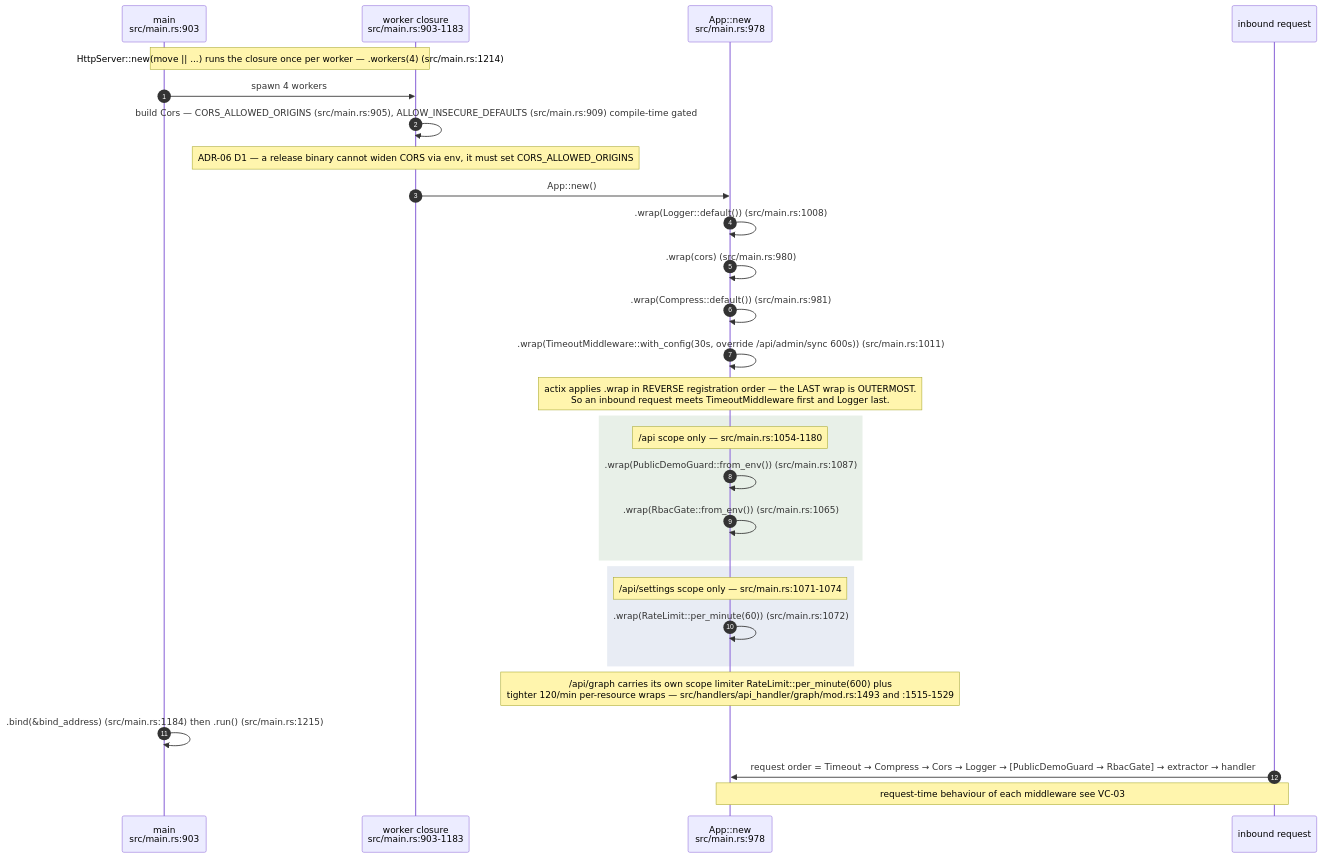
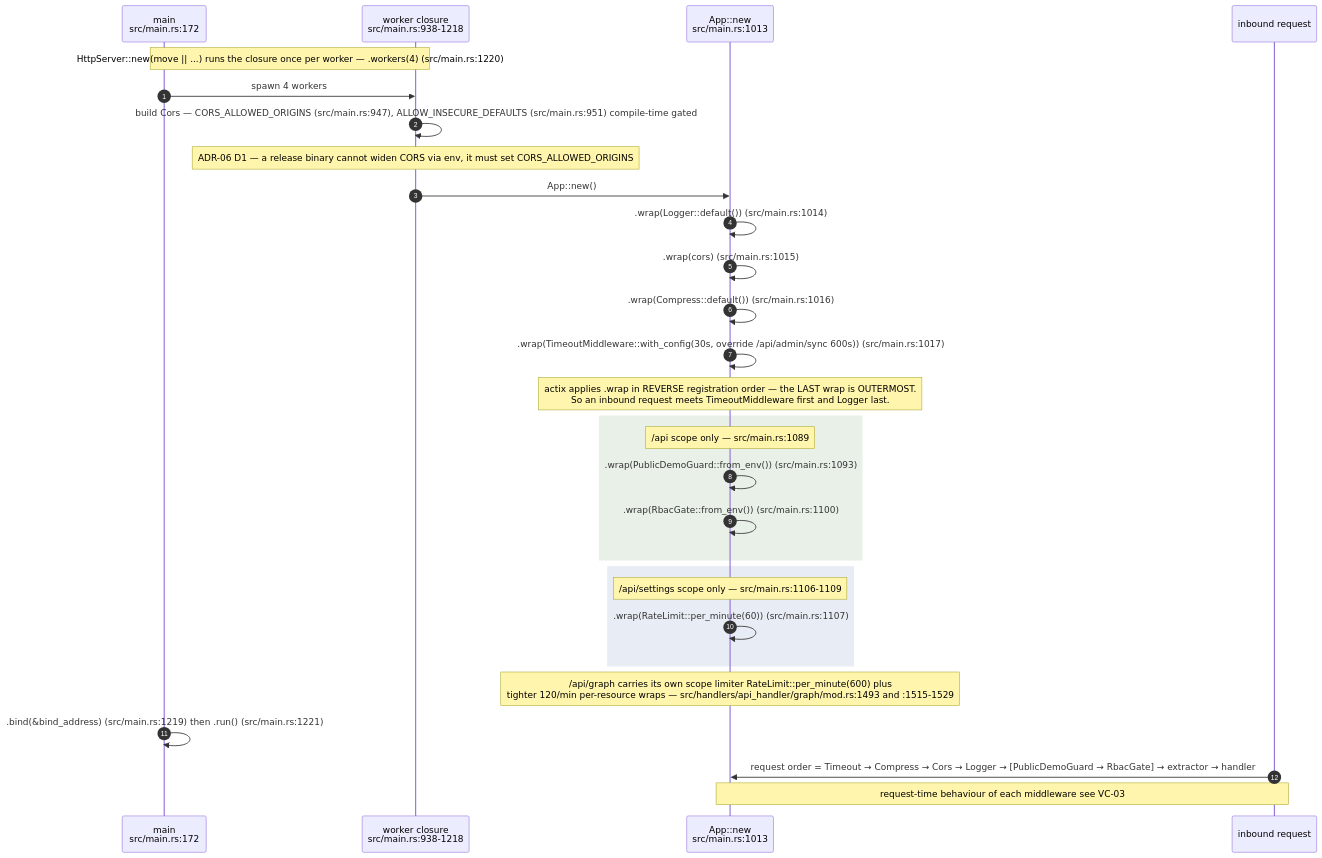
The third of 15 diagrams in docs/diagrams/visionclaw/01-boot-and-app-state.md (DreamLab-AI/VisionFlow), drawn with Mermaid before and after one commit. The commit also changed other lines of this file and 32 other files, not shown here.

````diff
--- a/docs/diagrams/visionclaw/01-boot-and-app-state.md
+++ b/docs/diagrams/visionclaw/01-boot-and-app-state.md
@@ -162,32 +162,32 @@
 ```mermaid
 sequenceDiagram
     autonumber
-    participant M as main<br/>src/main.rs:903
-    participant W as worker closure<br/>src/main.rs:903-1183
-    participant A as App::new<br/>src/main.rs:978
+    participant M as main<br/>src/main.rs:172
+    participant W as worker closure<br/>src/main.rs:938-1218
+    participant A as App::new<br/>src/main.rs:1013
     participant REQ as inbound request
 
-    Note over M,W: HttpServer::new(move || ...) runs the closure once per worker — .workers(4) (src/main.rs:1214)
+    Note over M,W: HttpServer::new(move || ...) runs the closure once per worker — .workers(4) (src/main.rs:1220)
     M->>W: spawn 4 workers
-    W->>W: build Cors — CORS_ALLOWED_ORIGINS (src/main.rs:905), ALLOW_INSECURE_DEFAULTS (src/main.rs:909) compile-time gated
+    W->>W: build Cors — CORS_ALLOWED_ORIGINS (src/main.rs:947), ALLOW_INSECURE_DEFAULTS (src/main.rs:951) compile-time gated
     Note over W: ADR-06 D1 — a release binary cannot widen CORS via env, it must set CORS_ALLOWED_ORIGINS
     W->>A: App::new()
-    A->>A: .wrap(Logger::default()) (src/main.rs:1008)
-    A->>A: .wrap(cors) (src/main.rs:980)
-    A->>A: .wrap(Compress::default()) (src/main.rs:981)
-    A->>A: .wrap(TimeoutMiddleware::with_config(30s, override /api/admin/sync 600s)) (src/main.rs:1011)
+    A->>A: .wrap(Logger::default()) (src/main.rs:1014)
+    A->>A: .wrap(cors) (src/main.rs:1015)
+    A->>A: .wrap(Compress::default()) (src/main.rs:1016)
+    A->>A: .wrap(TimeoutMiddleware::with_config(30s, override /api/admin/sync 600s)) (src/main.rs:1017)
     Note over A: actix applies .wrap in REVERSE registration order — the LAST wrap is OUTERMOST.<br/>So an inbound request meets TimeoutMiddleware first and Logger last.
     rect rgb(232,240,232)
-    Note over A: /api scope only — src/main.rs:1054-1180
-    A->>A: .wrap(PublicDemoGuard::from_env()) (src/main.rs:1087)
-    A->>A: .wrap(RbacGate::from_env()) (src/main.rs:1065)
+    Note over A: /api scope only — src/main.rs:1089
+    A->>A: .wrap(PublicDemoGuard::from_env()) (src/main.rs:1093)
+    A->>A: .wrap(RbacGate::from_env()) (src/main.rs:1100)
     end
     rect rgb(232,236,244)
-    Note over A: /api/settings scope only — src/main.rs:1071-1074
-    A->>A: .wrap(RateLimit::per_minute(60)) (src/main.rs:1072)
+    Note over A: /api/settings scope only — src/main.rs:1106-1109
+    A->>A: .wrap(RateLimit::per_minute(60)) (src/main.rs:1107)
     end
     Note over A: /api/graph carries its own scope limiter RateLimit::per_minute(600) plus<br/>tighter 120/min per-resource wraps — src/handlers/api_handler/graph/mod.rs:1493 and :1515-1529
-    M->>M: .bind(&bind_address) (src/main.rs:1184) then .run() (src/main.rs:1215)
+    M->>M: .bind(&bind_address) (src/main.rs:1219) then .run() (src/main.rs:1221)
     REQ->>A: request order = Timeout → Compress → Cors → Logger → [PublicDemoGuard → RbacGate] → extractor → handler
     Note over REQ,A: request-time behaviour of each middleware see VC-03
 ```
````
